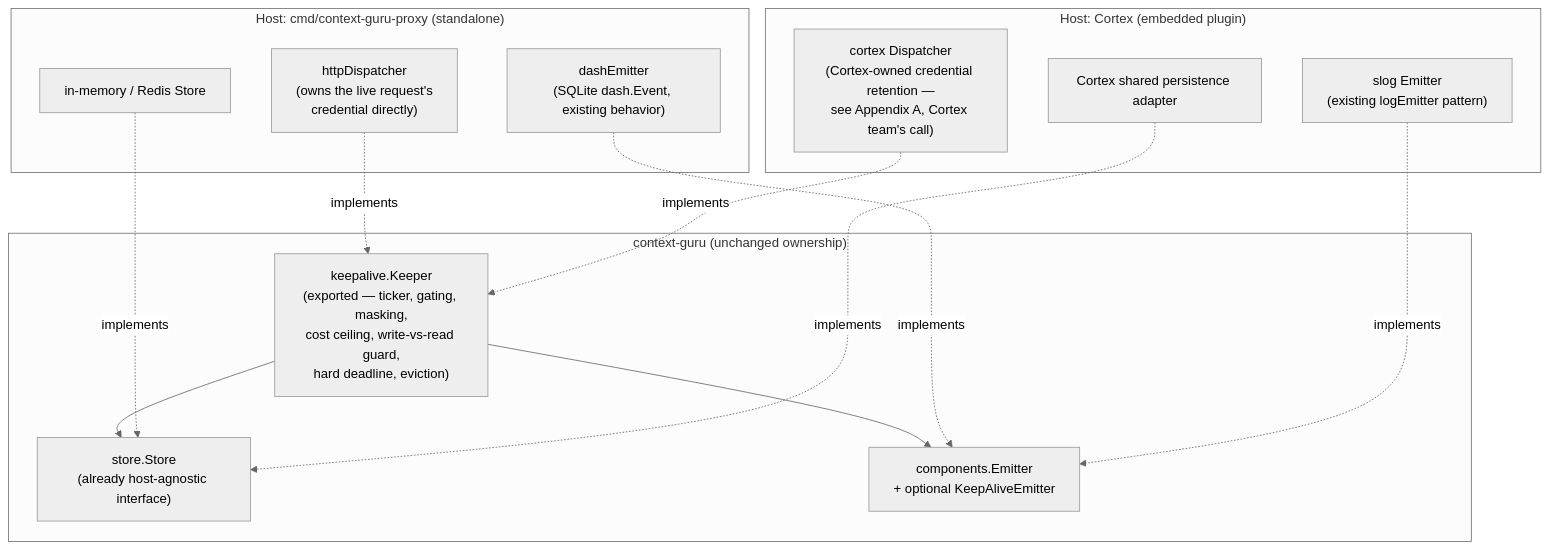
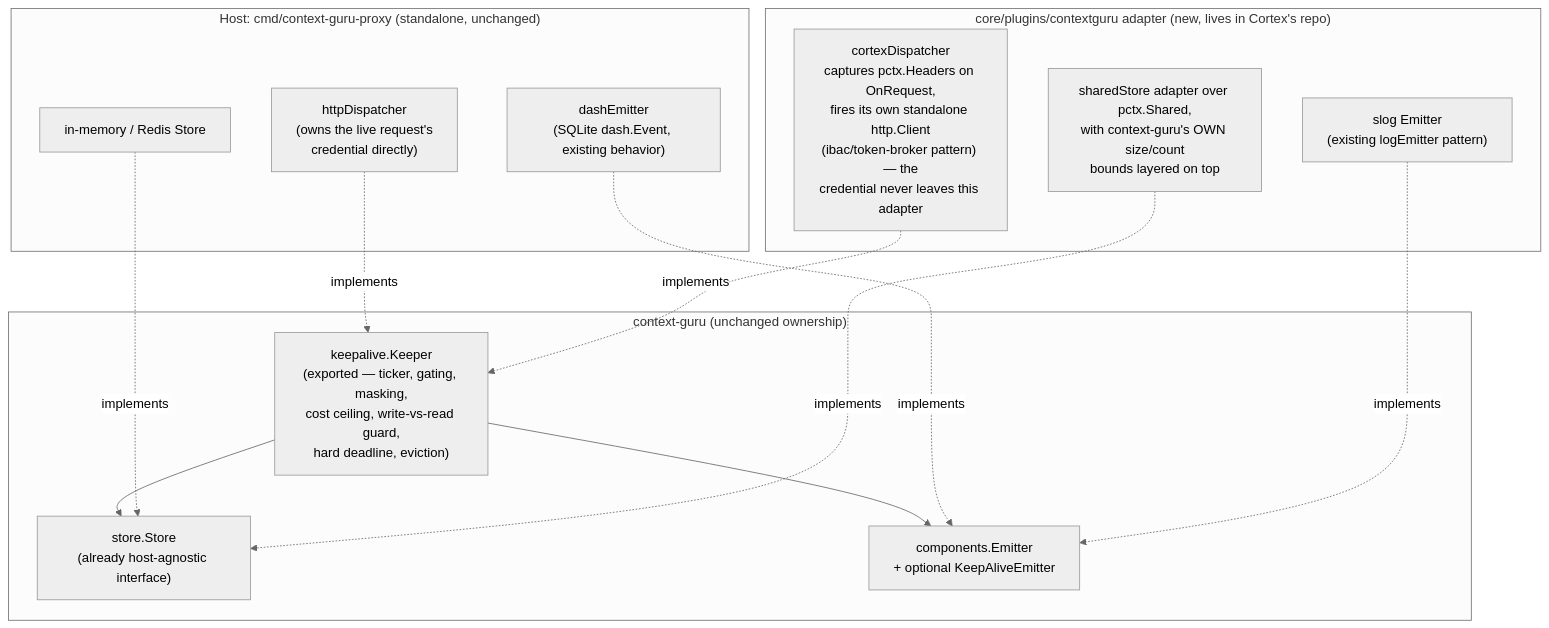
The second of 5 diagrams in docs/proposals/cortex-integration.md (rossoctl/context-guru), drawn with Mermaid (neutral theme) before and after one commit. The commit also changed other lines of this file, not shown here.

First line of the commit message:
docs: separate infra-level asks from the context-guru-side adapter

````diff
--- a/docs/proposals/cortex-integration.md
+++ b/docs/proposals/cortex-integration.md
@@ -57,29 +95,29 @@
 ```mermaid
 graph TB
     subgraph ContextGuru["context-guru (unchanged ownership)"]
         KA["keepalive.Keeper<br/>(exported — ticker, gating, masking,<br/>cost ceiling, write-vs-read guard,<br/>hard deadline, eviction)"]
         ST["store.Store<br/>(already host-agnostic interface)"]
         EM["components.Emitter<br/>+ optional KeepAliveEmitter"]
         KA --> ST
         KA --> EM
     end
 
-    subgraph Host1["Host: cmd/context-guru-proxy (standalone)"]
+    subgraph Host1["Host: cmd/context-guru-proxy (standalone, unchanged)"]
         D1["httpDispatcher<br/>(owns the live request's<br/>credential directly)"]
         E1["dashEmitter<br/>(SQLite dash.Event, existing behavior)"]
         S1["in-memory / Redis Store"]
     end
 
-    subgraph Host2["Host: Cortex (embedded plugin)"]
-        D2["cortex Dispatcher<br/>(Cortex-owned credential retention —<br/>see Appendix A, Cortex team's call)"]
+    subgraph Host2["core/plugins/contextguru adapter (new, lives in Cortex's repo)"]
+        D2["cortexDispatcher<br/>captures pctx.Headers on OnRequest,<br/>fires its own standalone http.Client<br/>(ibac/token-broker pattern) — the<br/>credential never leaves this adapter"]
         E2["slog Emitter<br/>(existing logEmitter pattern)"]
-        S2["Cortex shared persistence adapter"]
+        S2["sharedStore adapter over pctx.Shared,<br/>with context-guru's OWN size/count<br/>bounds layered on top"]
     end
 
     D1 -. implements .-> KA
     E1 -. implements .-> EM
     S1 -. implements .-> ST
     D2 -. implements .-> KA
     E2 -. implements .-> EM
     S2 -. implements .-> ST
 ```
````
